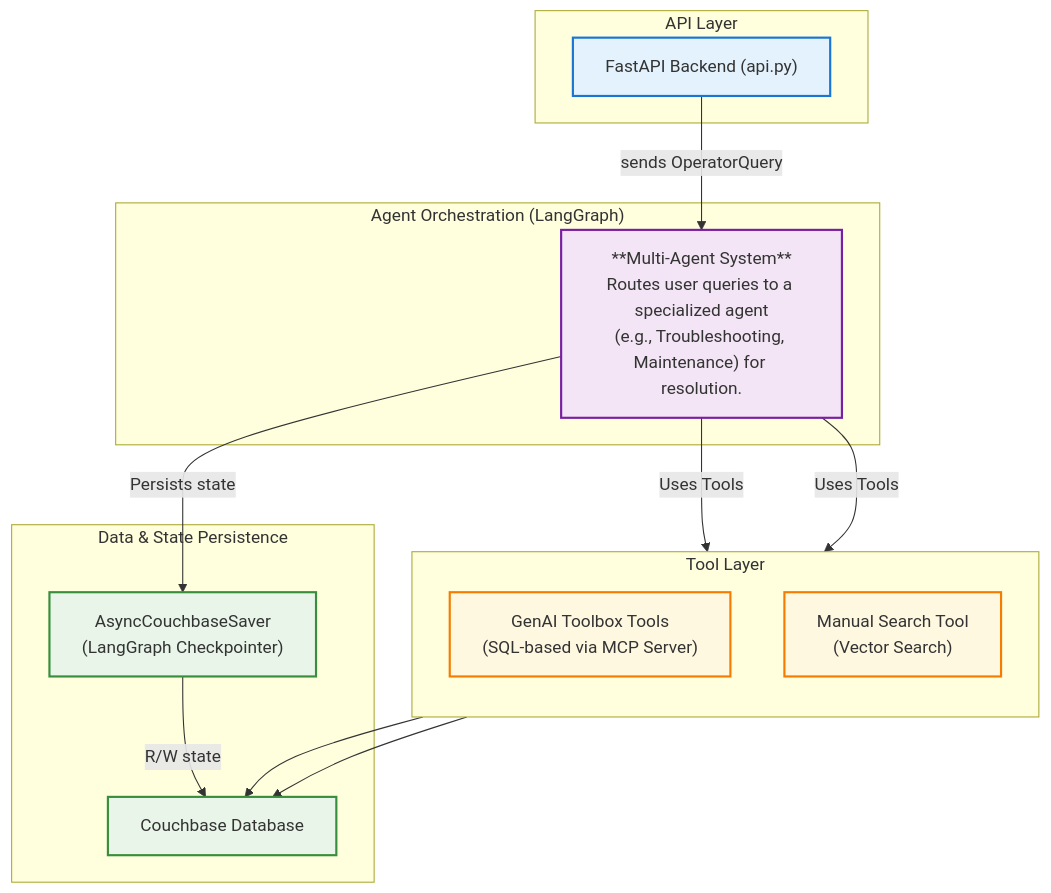
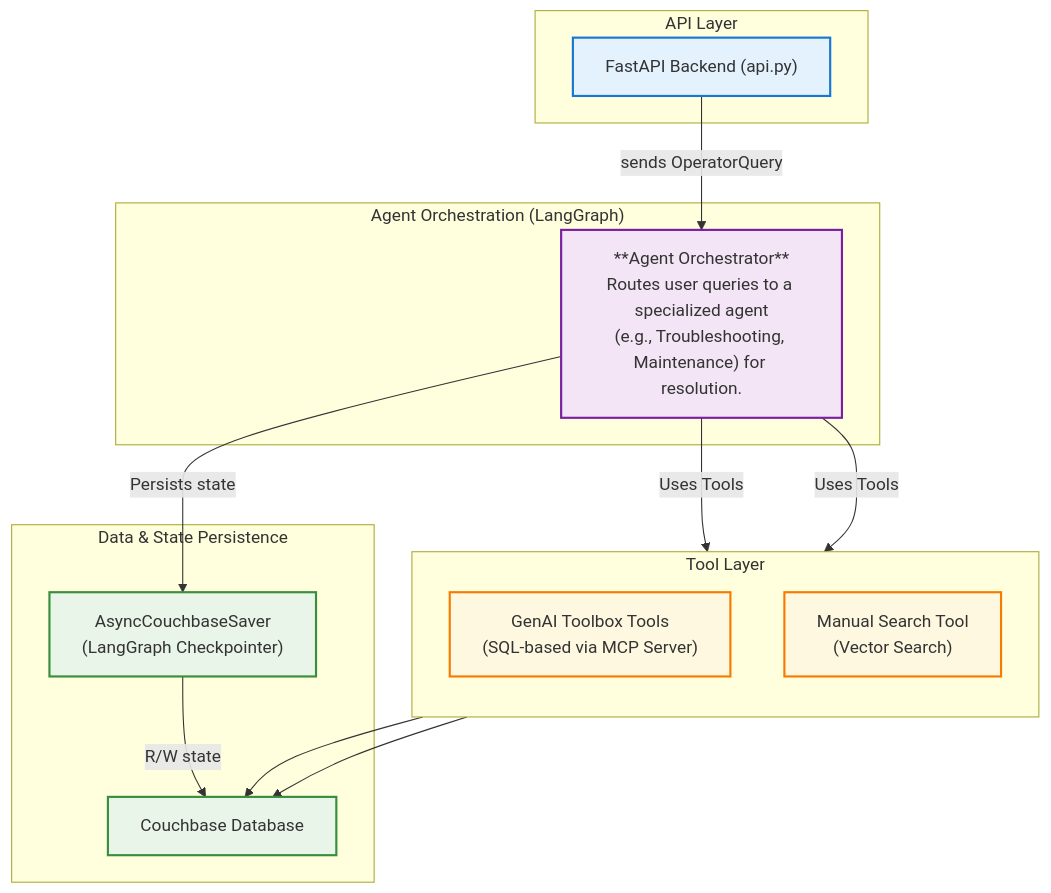
Before and after one commit to couchbase-examples/couchbase-google-mcp-toolbox-demo: the first of 2 diagrams in README.md, drawn with Mermaid.

````diff
--- a/README.md
+++ b/README.md
@@ -19,42 +19,42 @@
 ```mermaid
 graph TD
     subgraph "API Layer"
         API["FastAPI Backend (api.py)"]
     end
 
     subgraph "Agent Orchestration (LangGraph)"
-        ManufacturingAgent["**Multi-Agent System**<br/>Routes user queries to a specialized agent<br/>(e.g., Troubleshooting, Maintenance) for resolution."]
+        ManufacturingAgent["**Agent Orchestrator**<br/>Routes user queries to a specialized agent<br/>(e.g., Troubleshooting, Maintenance) for resolution."]
     end
 
     subgraph "Tool Layer"
         direction TB
         Toolbox["GenAI Toolbox Tools<br/>(SQL-based via MCP Server)"]
         ManualSearch["Manual Search Tool<br/>(Vector Search)"]
     end
     
     subgraph "Data & State Persistence"
         CouchbaseDB["Couchbase Database"]
         Checkpointer["AsyncCouchbaseSaver<br/>(LangGraph Checkpointer)"]
     end
 
     %% Connections
     API -- "sends OperatorQuery" --> ManufacturingAgent
     ManufacturingAgent -- "Uses Tools" --> Toolbox
     ManufacturingAgent -- "Uses Tools" --> ManualSearch
     ManufacturingAgent -- "Persists state" --> Checkpointer
     
     Toolbox --> CouchbaseDB
     ManualSearch --> CouchbaseDB
     Checkpointer -- "R/W state" --> CouchbaseDB
 
     %% Styling
     classDef api fill:#e3f2fd,stroke:#1976d2,stroke-width:2px
     classDef agent fill:#f3e5f5,stroke:#7b1fa2,stroke-width:2px
     classDef tools fill:#fff8e1,stroke:#f57c00,stroke-width:2px
     classDef data fill:#e8f5e8,stroke:#388e3c,stroke-width:2px
     
     class API api
     class ManufacturingAgent agent
     class Toolbox,ManualSearch tools
     class CouchbaseDB,Checkpointer data
 ```
````
